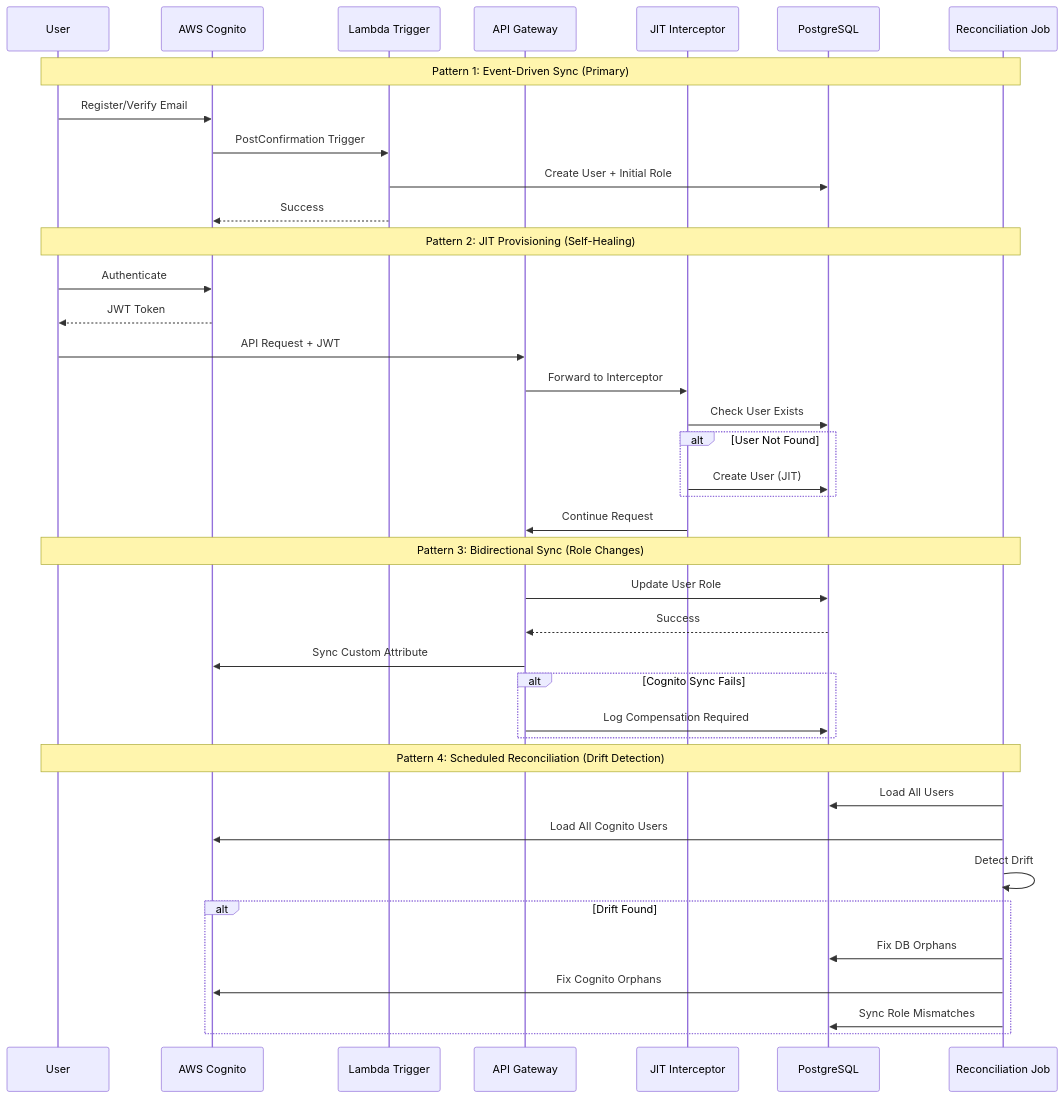
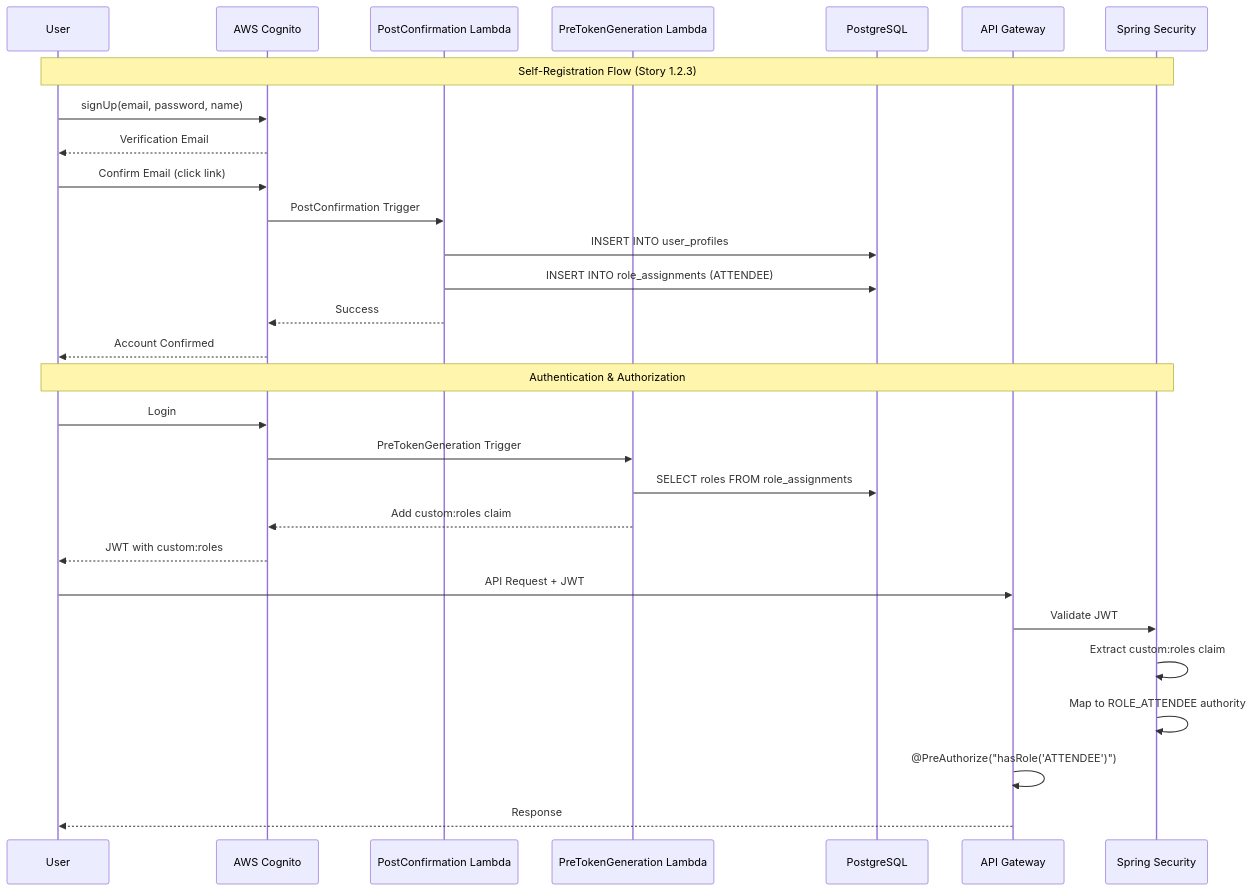
The diagram in docs/architecture/06b-user-lifecycle-sync.md (nissimbuchs/BATbern2), drawn with Mermaid before and after one commit. The commit also changed other lines of this file and 7 other files, not shown here.

First line of the commit message:
docs: update architecture for database-centric role management

````diff
--- a/docs/architecture/06b-user-lifecycle-sync.md
+++ b/docs/architecture/06b-user-lifecycle-sync.md
@@ -23,45 +31,34 @@
 ```mermaid
 sequenceDiagram
     participant U as User
     participant C as AWS Cognito
-    participant L as Lambda Trigger
+    participant PC as PostConfirmation Lambda
+    participant PT as PreTokenGeneration Lambda
+    participant DB as PostgreSQL
     participant API as API Gateway
-    participant I as JIT Interceptor
-    participant DB as PostgreSQL
-    participant R as Reconciliation Job
+    participant SS as Spring Security
 
-    Note over U,R: Pattern 1: Event-Driven Sync (Primary)
-    U->>C: Register/Verify Email
-    C->>L: PostConfirmation Trigger
-    L->>DB: Create User + Initial Role
-    L-->>C: Success
+    Note over U,SS: Self-Registration Flow (Story 1.2.3)
+    U->>C: signUp(email, password, name)
+    C-->>U: Verification Email
+    U->>C: Confirm Email (click link)
+    C->>PC: PostConfirmation Trigger
+    PC->>DB: INSERT INTO user_profiles
+    PC->>DB: INSERT INTO role_assignments (ATTENDEE)
+    PC-->>C: Success
+    C-->>U: Account Confirmed
 
-    Note over U,R: Pattern 2: JIT Provisioning (Self-Healing)
-    U->>C: Authenticate
-    C-->>U: JWT Token
+    Note over U,SS: Authentication & Authorization
+    U->>C: Login
+    C->>PT: PreTokenGeneration Trigger
+    PT->>DB: SELECT roles FROM role_assignments
+    PT-->>C: Add custom:roles claim
+    C-->>U: JWT with custom:roles
+
     U->>API: API Request + JWT
-    API->>I: Forward to Interceptor
-    I->>DB: Check User Exists
-    alt User Not Found
-        I->>DB: Create User (JIT)
-    end
-    I->>API: Continue Request
-
-    Note over U,R: Pattern 3: Bidirectional Sync (Role Changes)
-    API->>DB: Update User Role
-    DB-->>API: Success
-    API->>C: Sync Custom Attribute
-    alt Cognito Sync Fails
-        API->>DB: Log Compensation Required
-    end
-
-    Note over U,R: Pattern 4: Scheduled Reconciliation (Drift Detection)
-    R->>DB: Load All Users
-    R->>C: Load All Cognito Users
-    R->>R: Detect Drift
-    alt Drift Found
-        R->>DB: Fix DB Orphans
-        R->>C: Fix Cognito Orphans
-        R->>DB: Sync Role Mismatches
-    end
+    API->>SS: Validate JWT
+    SS->>SS: Extract custom:roles claim
+    SS->>SS: Map to ROLE_ATTENDEE authority
+    API->>API: @PreAuthorize("hasRole('ATTENDEE')")
+    API-->>U: Response
 ```
````
